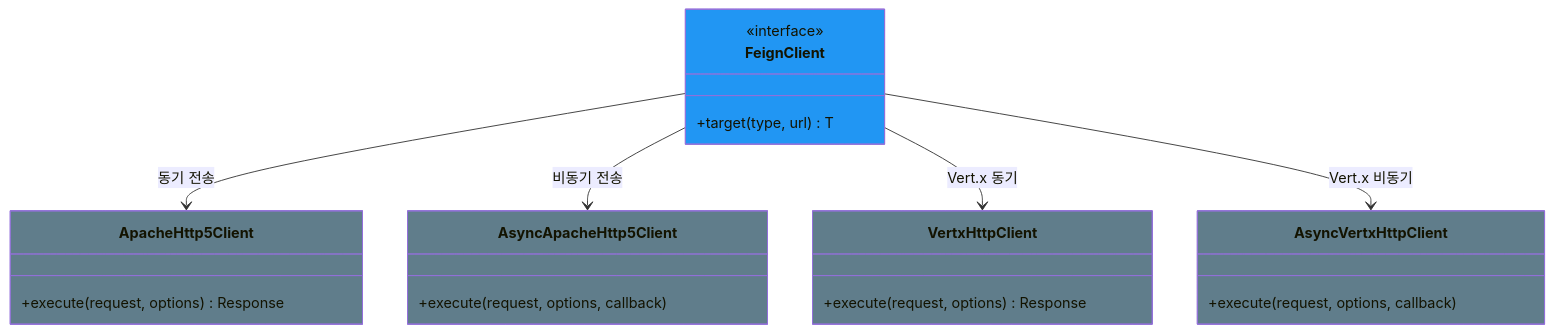
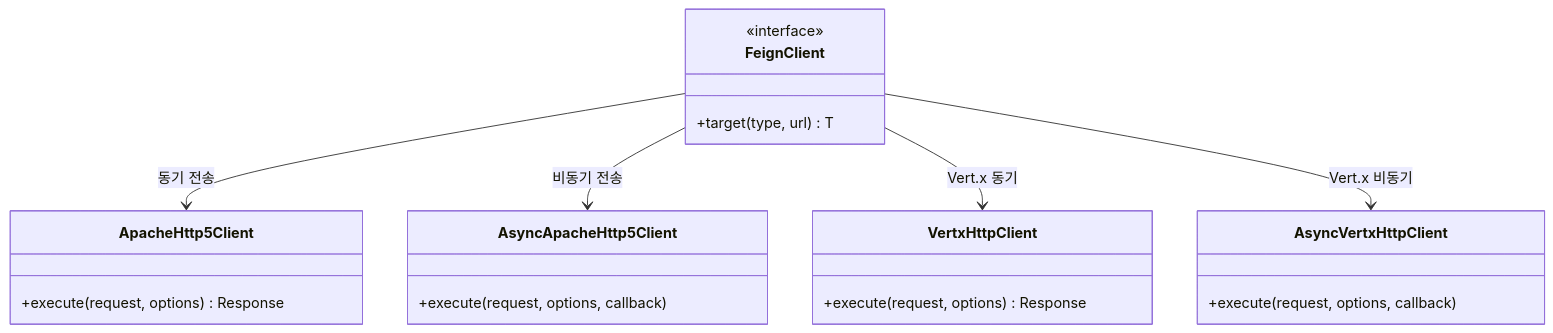
Before and after one commit to bluetape4k/bluetape4k-projects: the first of 3 diagrams in io/feign/README.md, drawn with Mermaid. The commit also changed other lines of this file and 95 other files, not shown here.

First line of the commit message:
docs: Mermaid 파서 오류 전체 수정 (IntelliJ IDEA 호환)

````diff
--- a/io/feign/README.md
+++ b/io/feign/README.md
@@ -83,27 +83,25 @@
 ```mermaid
 classDiagram
-    class FeignClient:::clientStyle {
+    class FeignClient {
         <<interface>>
         +target(type, url) T
     }
-    class ApacheHttp5Client:::infraStyle {
+    class ApacheHttp5Client {
         +execute(request, options) Response
     }
-    class AsyncApacheHttp5Client:::infraStyle {
+    class AsyncApacheHttp5Client {
         +execute(request, options, callback)
     }
-    class VertxHttpClient:::infraStyle {
+    class VertxHttpClient {
         +execute(request, options) Response
     }
-    class AsyncVertxHttpClient:::infraStyle {
+    class AsyncVertxHttpClient {
         +execute(request, options, callback)
     }
 
     FeignClient --> ApacheHttp5Client : 동기 전송
     FeignClient --> AsyncApacheHttp5Client : 비동기 전송
     FeignClient --> VertxHttpClient : Vert.x 동기
     FeignClient --> AsyncVertxHttpClient : Vert.x 비동기
 
-    classDef clientStyle fill:#2196F3
-    classDef infraStyle  fill:#607D8B
 ```
````
